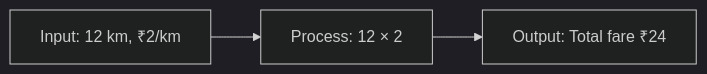
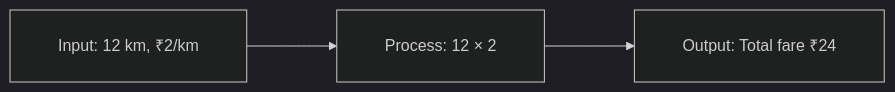
The third of 8 diagrams in SAL-2026/Python Basics - English/S01/NotesPresentation.md (ABVenu/salcurriculum), drawn with Mermaid (dark theme) before and after one commit. The commit also changed other lines of this file and 820 other files, not shown here.

````diff
--- a/SAL-2026/Python Basics - English/S01/NotesPresentation.md
+++ b/SAL-2026/Python Basics - English/S01/NotesPresentation.md
@@ -94,5 +328,6 @@
 ```mermaid
+%%{init: {"flowchart": {"htmlLabels": false, "curve": "basis", "padding": 24, "nodeSpacing": 80, "rankSpacing": 90, "diagramPadding": 48}}}%%
 flowchart LR
-    I[Input: 12 km, ₹2/km] --> P[Process: 12 × 2]
-    P --> O[Output: Total fare ₹24]
+    I["  Input: 12 km, ₹2/km  "] --> P["  Process: 12 × 2  "]
+    P --> O["  Output: Total fare ₹24  "]
 ```
````
